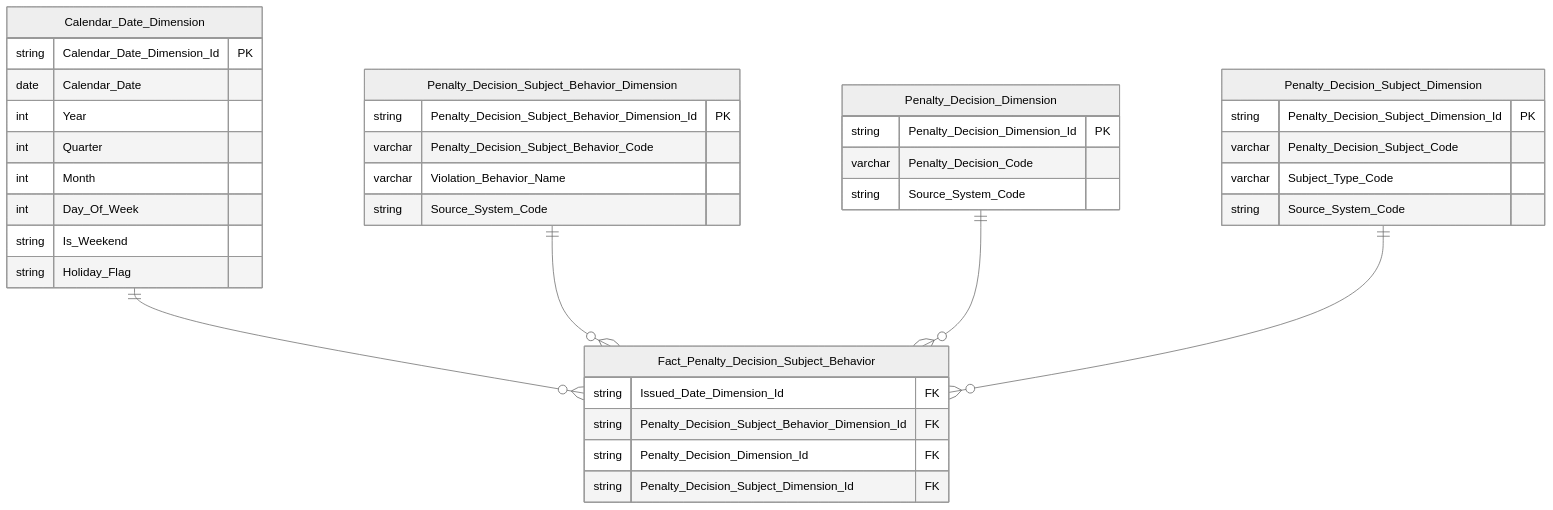
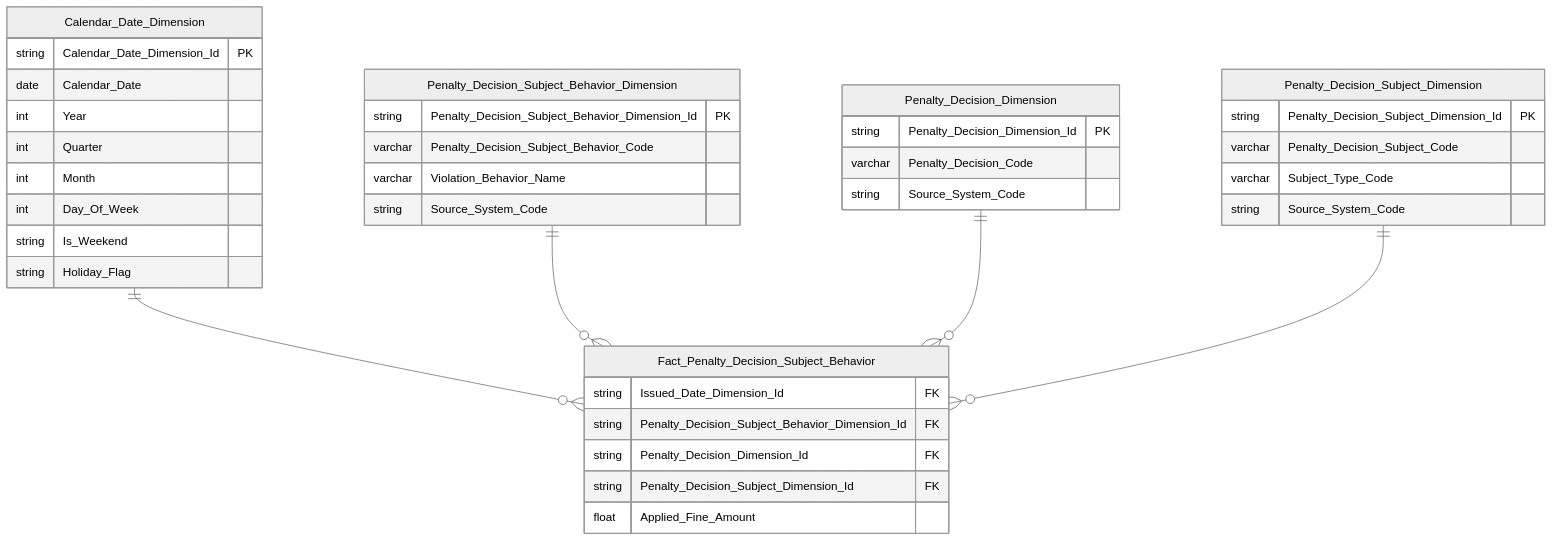
One commit to linhlvit/ubck_atomic_design changed diagram 41 of 54 in Datamart/hld/DTM_TT_HLD.md. Above: the diagram before and after it, drawn with Mermaid (neutral theme). The commit also changed other lines of this file and 42 other files, not shown here.

````diff
--- a/Datamart/hld/DTM_TT_HLD.md
+++ b/Datamart/hld/DTM_TT_HLD.md
@@ -1530,40 +1530,41 @@
 ```mermaid
 erDiagram
     Calendar_Date_Dimension ||--o{ Fact_Penalty_Decision_Subject_Behavior : " "
     Penalty_Decision_Subject_Behavior_Dimension ||--o{ Fact_Penalty_Decision_Subject_Behavior : " "
     Penalty_Decision_Dimension ||--o{ Fact_Penalty_Decision_Subject_Behavior : " "
     Penalty_Decision_Subject_Dimension ||--o{ Fact_Penalty_Decision_Subject_Behavior : " "
     Fact_Penalty_Decision_Subject_Behavior {
         string Issued_Date_Dimension_Id FK
         string Penalty_Decision_Subject_Behavior_Dimension_Id FK
         string Penalty_Decision_Dimension_Id FK
         string Penalty_Decision_Subject_Dimension_Id FK
+        float Applied_Fine_Amount
     }
     Calendar_Date_Dimension {
         string Calendar_Date_Dimension_Id PK
         date Calendar_Date
         int Year
         int Quarter
         int Month
         int Day_Of_Week
         string Is_Weekend
         string Holiday_Flag
     }
     Penalty_Decision_Subject_Behavior_Dimension {
         string Penalty_Decision_Subject_Behavior_Dimension_Id PK
         varchar Penalty_Decision_Subject_Behavior_Code
         varchar Violation_Behavior_Name
         string Source_System_Code
     }
     Penalty_Decision_Dimension {
         string Penalty_Decision_Dimension_Id PK
         varchar Penalty_Decision_Code
         string Source_System_Code
     }
     Penalty_Decision_Subject_Dimension {
         string Penalty_Decision_Subject_Dimension_Id PK
         varchar Penalty_Decision_Subject_Code
         varchar Subject_Type_Code
         string Source_System_Code
     }
 ```
````
